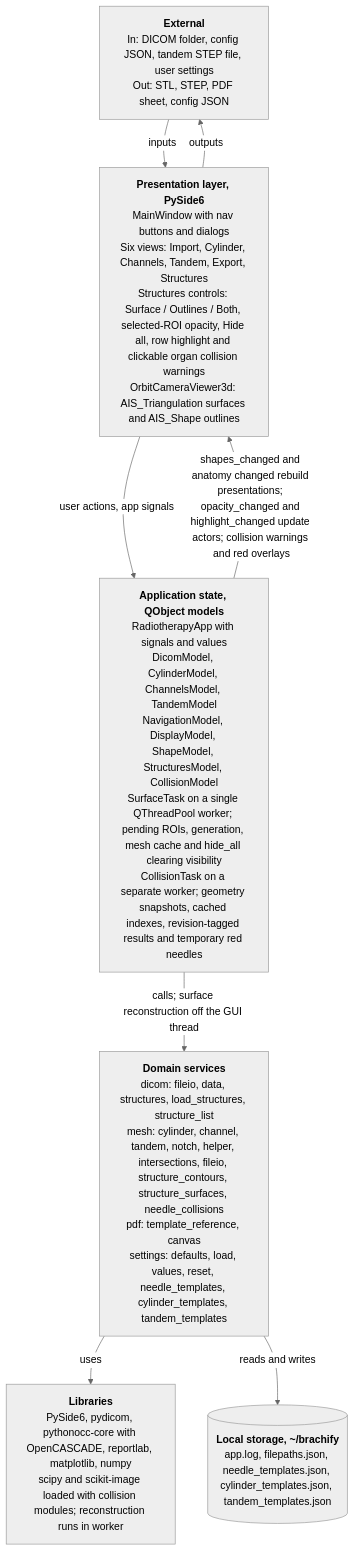
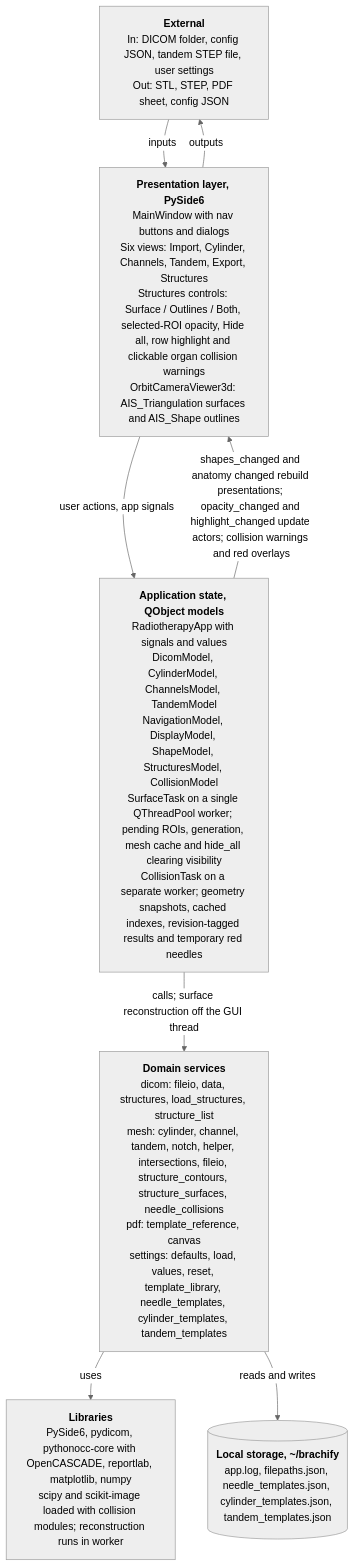
The diagram in docs/architecture/diagrams/system-architecture.mmd (COSC-499-W2026/capstone-project-team-10), drawn with Mermaid (neutral theme) before and after one commit. The commit also changed 2 other files, not shown here.

Commit message:
docs: name the shared template library in the architecture
Adds template_library to the system architecture picture and rebuilds it.

```diff
--- a/docs/architecture/diagrams/system-architecture.mmd
+++ b/docs/architecture/diagrams/system-architecture.mmd
@@ -1,17 +1,17 @@
 %% title: System architecture
 %% alt: System architecture of brachify, a layered desktop application with a presentation layer, application state, domain services, third party libraries and local storage
 flowchart TB
   ext["<b>External</b><br/>In: DICOM folder, config JSON, tandem STEP file, user settings<br/>Out: STL, STEP, PDF sheet, config JSON"]
   pres["<b>Presentation layer, PySide6</b><br/>MainWindow with nav buttons and dialogs<br/>Six views: Import, Cylinder, Channels, Tandem, Export, Structures<br/>Structures controls: Surface / Outlines / Both, selected-ROI opacity, Hide all, row highlight and clickable organ collision warnings<br/>OrbitCameraViewer3d: AIS_Triangulation surfaces and AIS_Shape outlines"]
   state["<b>Application state, QObject models</b><br/>RadiotherapyApp with signals and values<br/>DicomModel, CylinderModel, ChannelsModel, TandemModel<br/>NavigationModel, DisplayModel, ShapeModel, StructuresModel, CollisionModel<br/>SurfaceTask on a single QThreadPool worker; pending ROIs, generation, mesh cache and hide_all clearing visibility<br/>CollisionTask on a separate worker; geometry snapshots, cached indexes, revision-tagged results and temporary red needles"]
-  domain["<b>Domain services</b><br/>dicom: fileio, data, structures, load_structures, structure_list<br/>mesh: cylinder, channel, tandem, notch, helper, intersections, fileio, structure_contours, structure_surfaces, needle_collisions<br/>pdf: template_reference, canvas<br/>settings: defaults, load, values, reset, needle_templates, cylinder_templates, tandem_templates"]
+  domain["<b>Domain services</b><br/>dicom: fileio, data, structures, load_structures, structure_list<br/>mesh: cylinder, channel, tandem, notch, helper, intersections, fileio, structure_contours, structure_surfaces, needle_collisions<br/>pdf: template_reference, canvas<br/>settings: defaults, load, values, reset, template_library, needle_templates, cylinder_templates, tandem_templates"]
   lib["<b>Libraries</b><br/>PySide6, pydicom, pythonocc-core with OpenCASCADE, reportlab, matplotlib, numpy<br/>scipy and scikit-image loaded with collision modules; reconstruction runs in worker"]
   disk[("<b>Local storage, ~/brachify</b><br/>app.log, filepaths.json, needle_templates.json, cylinder_templates.json, tandem_templates.json")]
 
   ext -->|"inputs"| pres
   pres -->|"outputs"| ext
   pres -->|"user actions, app signals"| state
   state -->|"shapes_changed and anatomy changed rebuild presentations; opacity_changed and highlight_changed update actors; collision warnings and red overlays"| pres
   state -->|"calls; surface reconstruction off the GUI thread"| domain
   domain -->|"uses"| lib
   domain -->|"reads and writes"| disk
```
